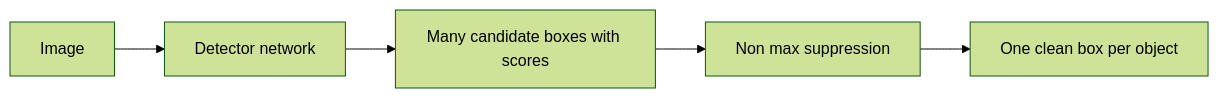
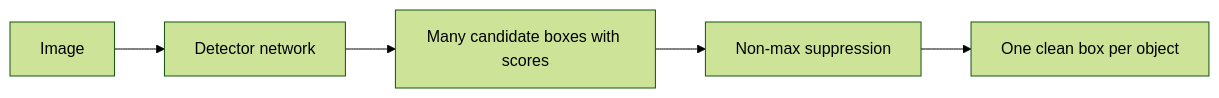
One commit to CODECRUNCHWORLDWIDE/C56-CRUNCH-VISION changed the diagram in curriculum/week-06-object-detection/lecture-notes/01-boxes-and-iou.md. Above: the diagram before and after it, drawn with Mermaid (forest theme). The commit also changed other lines of this file and 254 other files, not shown here.

Commit message:
docs: add diagrams + sync content from curriculum source

````diff
--- a/curriculum/week-06-object-detection/lecture-notes/01-boxes-and-iou.md
+++ b/curriculum/week-06-object-detection/lecture-notes/01-boxes-and-iou.md
@@ -40,7 +83,7 @@
 ```mermaid
 flowchart LR
   A["Image"] --> B["Detector network"]
   B --> C["Many candidate boxes with scores"]
-  C --> D["Non max suppression"]
+  C --> D["Non-max suppression"]
   D --> E["One clean box per object"]
 ```
````
